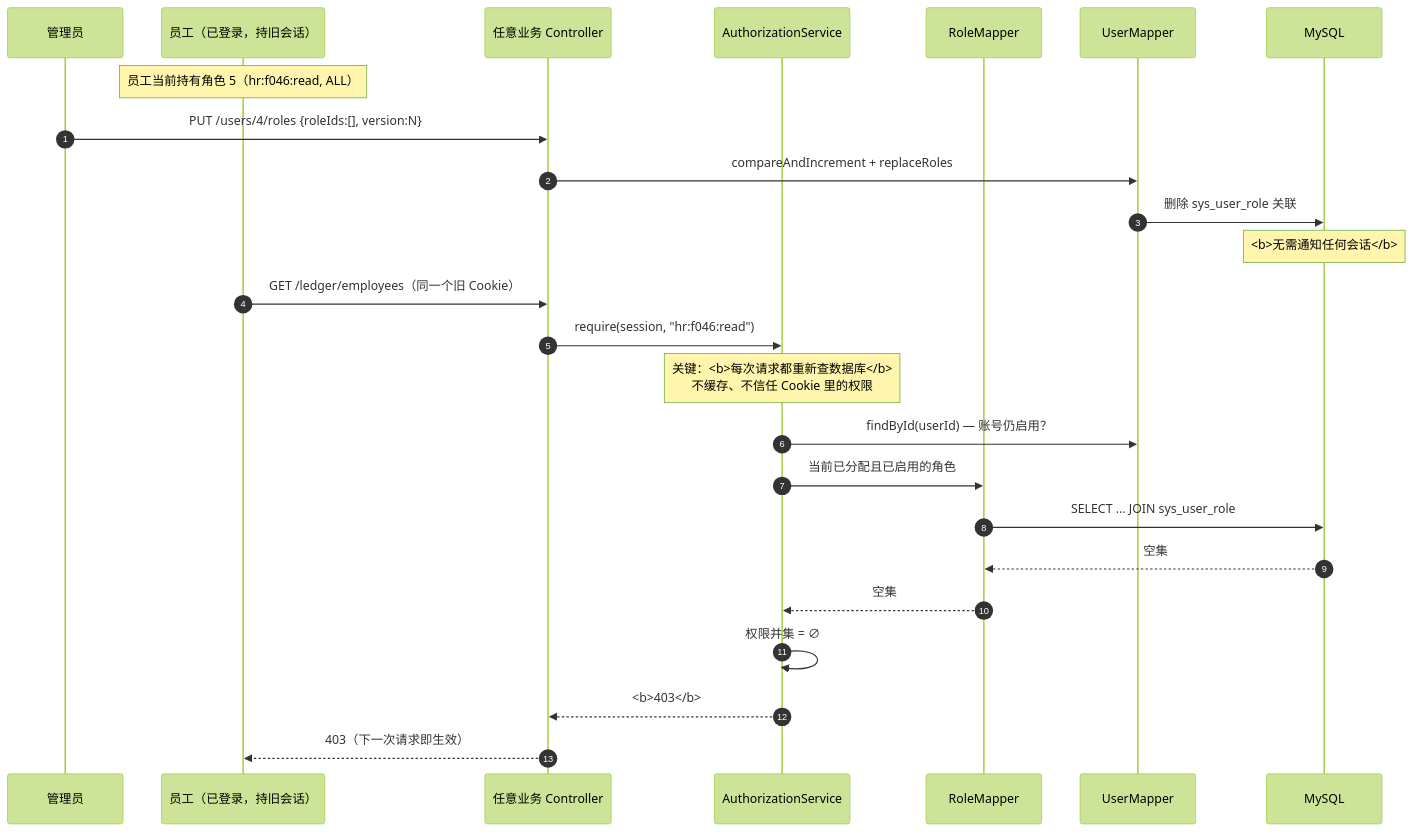
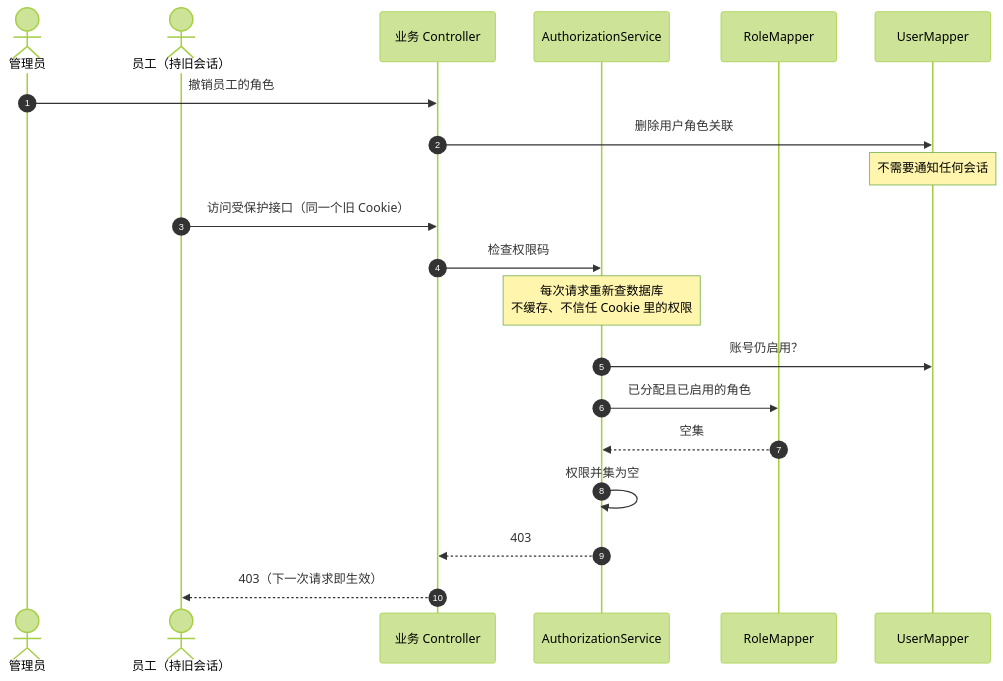
One commit to wenjiu-leng66/OO-d changed the fifth of 6 diagrams in docs/uml/sequence-diagrams.md. Above: the diagram before and after it, drawn with Mermaid (forest theme). The commit also changed other lines of this file and 4 other files, not shown here.

First line of the commit message:
docs(uml): 按需求驱动重做模型与设计图

````diff
--- a/docs/uml/sequence-diagrams.md
+++ b/docs/uml/sequence-diagrams.md
@@ -226,31 +293,24 @@
 ```mermaid
 sequenceDiagram
   autonumber
-  participant Admin as 管理员
-  participant Staff as 员工（已登录，持旧会话）
-  participant C as 任意业务 Controller
+  actor Admin as 管理员
+  actor Staff as 员工（持旧会话）
+  participant C as 业务 Controller
   participant A as AuthorizationService
-  participant RM as RoleMapper
-  participant UM as UserMapper
-  participant DB as MySQL
+  participant R as RoleMapper
+  participant M as UserMapper
 
-  Note over Staff: 员工当前持有角色 5（hr:f046:read, ALL）
+  Admin->>C: 撤销员工的角色
+  C->>M: 删除用户角色关联
+  Note over M: 不需要通知任何会话
 
-  Admin->>C: PUT /users/4/roles {roleIds:[], version:N}
-  C->>UM: compareAndIncrement + replaceRoles
-  UM->>DB: 删除 sys_user_role 关联
-  Note over DB: <b>无需通知任何会话</b>
-
-  Staff->>C: GET /ledger/employees（同一个旧 Cookie）
-  C->>A: require(session, "hr:f046:read")
-
-  Note over A: 关键：<b>每次请求都重新查数据库</b><br/>不缓存、不信任 Cookie 里的权限
-  A->>UM: findById(userId) — 账号仍启用？
-  A->>RM: 当前已分配且已启用的角色
-  RM->>DB: SELECT ... JOIN sys_user_role
-  DB-->>RM: 空集
-  RM-->>A: 空集
-  A->>A: 权限并集 = ∅
-  A-->>C: <b>403</b>
+  Staff->>C: 访问受保护接口（同一个旧 Cookie）
+  C->>A: 检查权限码
+  Note over A: 每次请求重新查数据库<br/>不缓存、不信任 Cookie 里的权限
+  A->>M: 账号仍启用？
+  A->>R: 已分配且已启用的角色
+  R-->>A: 空集
+  A->>A: 权限并集为空
+  A-->>C: 403
   C-->>Staff: 403（下一次请求即生效）
 ```
````
